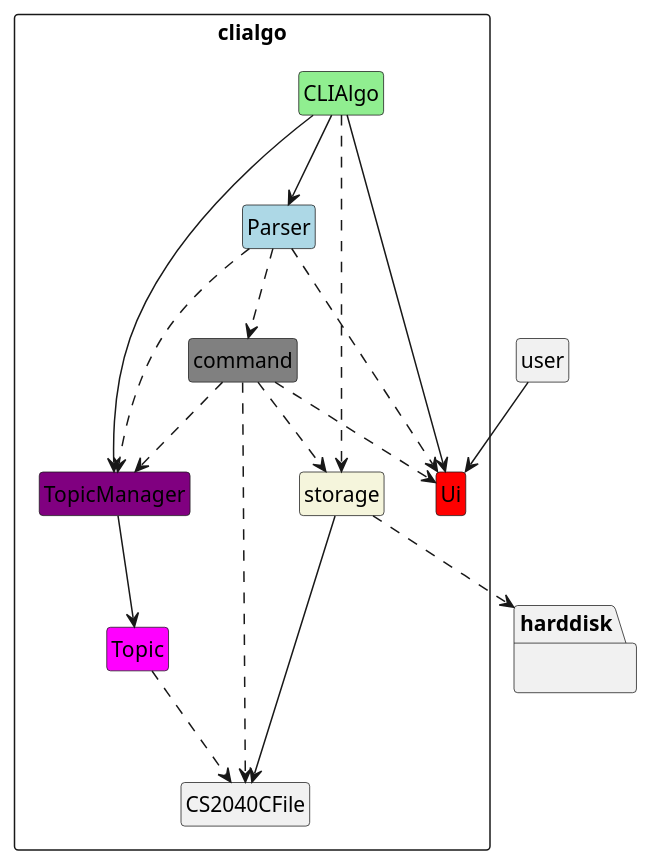
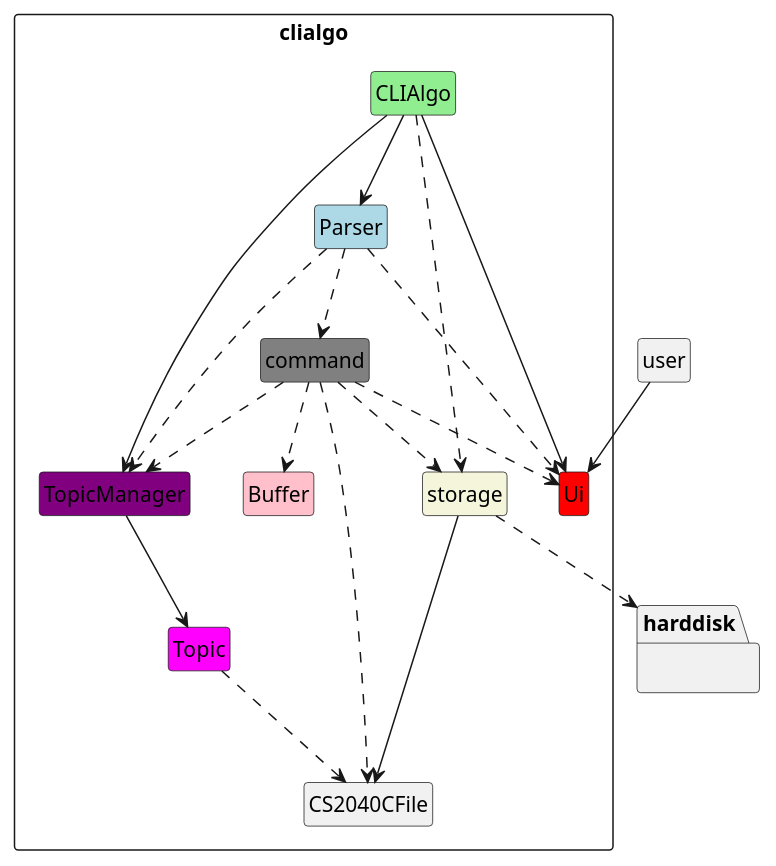
Before and after one commit to ong-ck/tp: the diagram in docs/UML/source-files/ArchitectureDiagram.puml, drawn with PlantUML. The commit also changed 7 other files, not shown here.

Commit message:
Update all class diagram to include dependency on Buffer

```diff
--- a/docs/UML/source-files/ArchitectureDiagram.puml
+++ b/docs/UML/source-files/ArchitectureDiagram.puml
@@ -1,55 +1,59 @@
 @startuml
 skinparam classAttributeIconSize 0
 hide empty members
 
 class user {
 
 }
 
 package clialgo <<rectangle>> {
     class CLIAlgo #lightgreen {
 
     }
 
     class Parser #lightblue{
     }
 
     class Ui #red {
     }
 
     class TopicManager #purple {
     }
 
     class Topic #magenta{
     }
 
     class command #grey {
     }
 
     class storage #beige {
     }
 
+    class Buffer #pink {
+    }
+
     class CS2040CFile {
     }
 }
 package harddisk {
 }
 user --> Ui
 CLIAlgo --> Ui
 CLIAlgo -->TopicManager
 CLIAlgo --> Parser
 CLIAlgo ..> storage
 Parser ..> Ui
 Parser ..> TopicManager
 Parser ..> command
 storage ..> harddisk
 TopicManager --> Topic
 storage --> CS2040CFile
 command ..> Ui
 command ..> TopicManager
 command ..> storage
 command ..> CS2040CFile
+command ..> Buffer
 Topic ..> CS2040CFile
 
 hide circle
 @enduml
```
